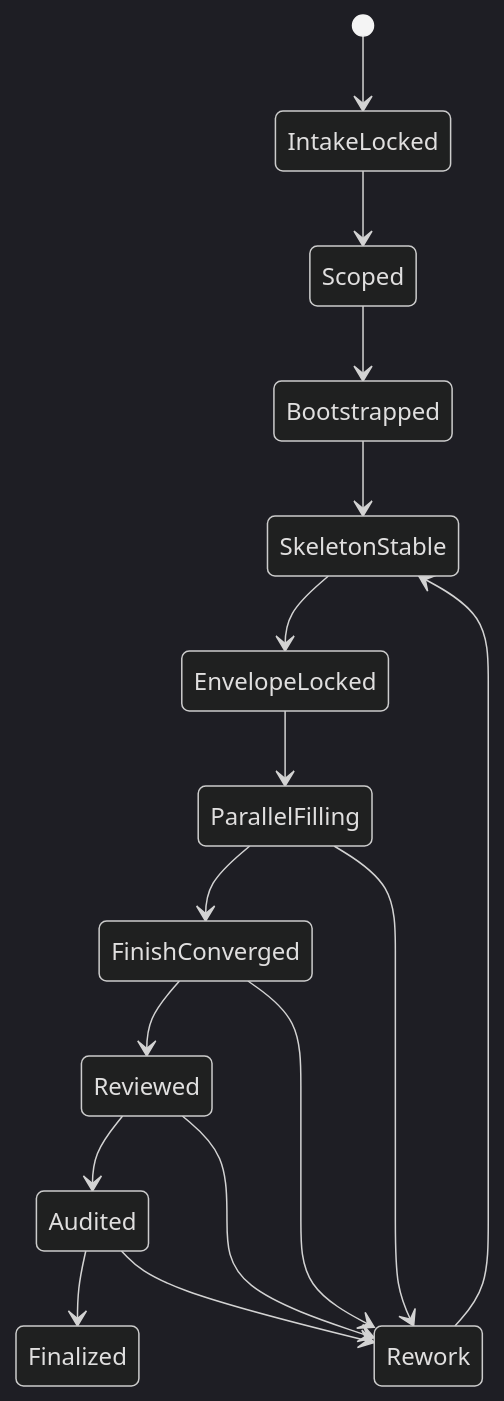
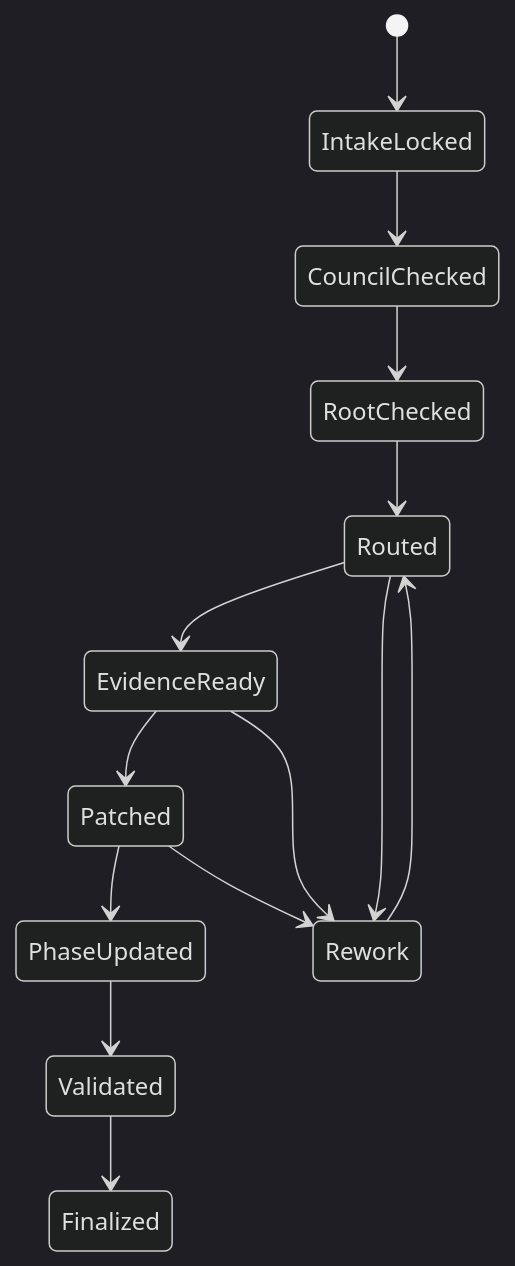
Before and after one commit to ZEN-VOID/AI-CUT: the third of 3 diagrams in .agents/skills/aigc/3-Detail/SKILL.md, drawn with Mermaid (dark theme). The commit also changed other lines of this file and 307 other files, not shown here.

````diff
--- a/.agents/skills/aigc/3-Detail/SKILL.md
+++ b/.agents/skills/aigc/3-Detail/SKILL.md
@@ -177,18 +318,16 @@
 ```mermaid
 stateDiagram-v2
     [*] --> IntakeLocked
-    IntakeLocked --> Scoped
-    Scoped --> Bootstrapped
-    Bootstrapped --> SkeletonStable
-    SkeletonStable --> EnvelopeLocked
-    EnvelopeLocked --> ParallelFilling
-    ParallelFilling --> FinishConverged
-    FinishConverged --> Reviewed
-    Reviewed --> Audited
-    Audited --> Finalized
-    Reviewed --> Rework
-    Audited --> Rework
-    ParallelFilling --> Rework
-    FinishConverged --> Rework
-    Rework --> SkeletonStable
+    IntakeLocked --> CouncilChecked
+    CouncilChecked --> RootChecked
+    RootChecked --> Routed
+    Routed --> EvidenceReady
+    EvidenceReady --> Patched
+    Patched --> PhaseUpdated
+    PhaseUpdated --> Validated
+    Validated --> Finalized
+    Routed --> Rework
+    EvidenceReady --> Rework
+    Patched --> Rework
+    Rework --> Routed
 ```
````
